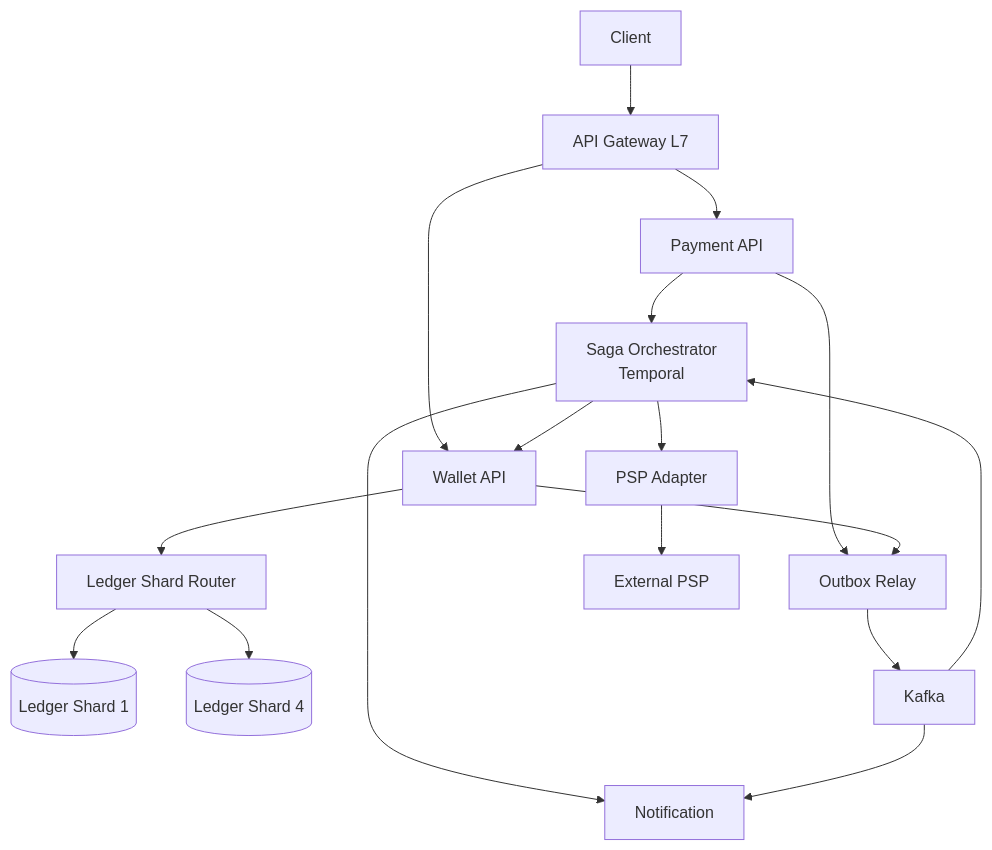
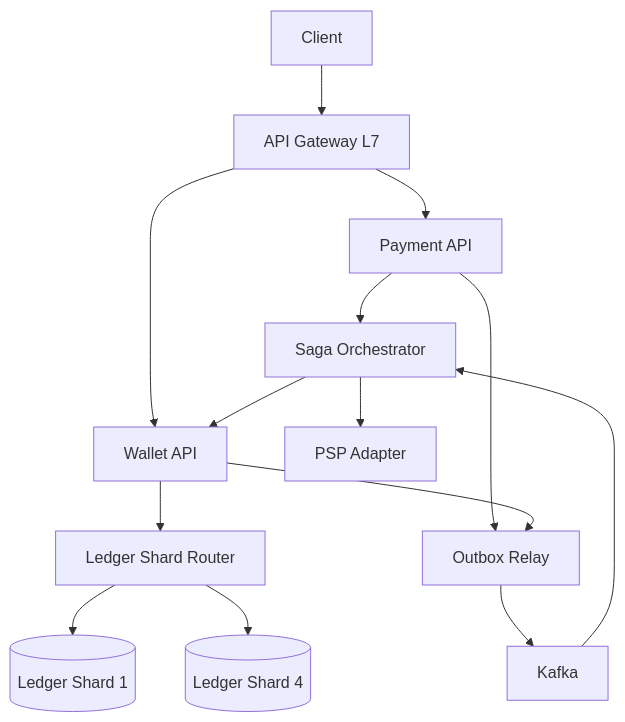
The first of 2 diagrams in examples/paypal-payments.md (Mr-Radion/system-design-interview), drawn with Mermaid before and after one commit. The commit also changed other lines of this file and 60 other files, not shown here.

````diff
--- a/examples/paypal-payments.md
+++ b/examples/paypal-payments.md
@@ -318,23 +116,16 @@
 ```mermaid
 flowchart TB
     Client --> GW["API Gateway L7"]
     GW --> PaymentAPI[Payment API]
     GW --> WalletAPI[Wallet API]
-
-    PaymentAPI --> Orchestrator["Saga Orchestrator<br/>Temporal"]
+    PaymentAPI --> Orchestrator["Saga Orchestrator"]
     Orchestrator --> WalletAPI
     Orchestrator --> PSP[PSP Adapter]
-    Orchestrator --> Notify[Notification]
-
     WalletAPI --> LedgerRouter["Ledger Shard Router"]
     LedgerRouter --> L1[("Ledger Shard 1")]
     LedgerRouter --> L4[("Ledger Shard 4")]
-
     PaymentAPI --> OutboxRelay[Outbox Relay]
     WalletAPI --> OutboxRelay
     OutboxRelay --> Kafka
     Kafka --> Orchestrator
-    Kafka --> Notify
-
-    PSP --> ExtPSP["External PSP"]
 ```
````
